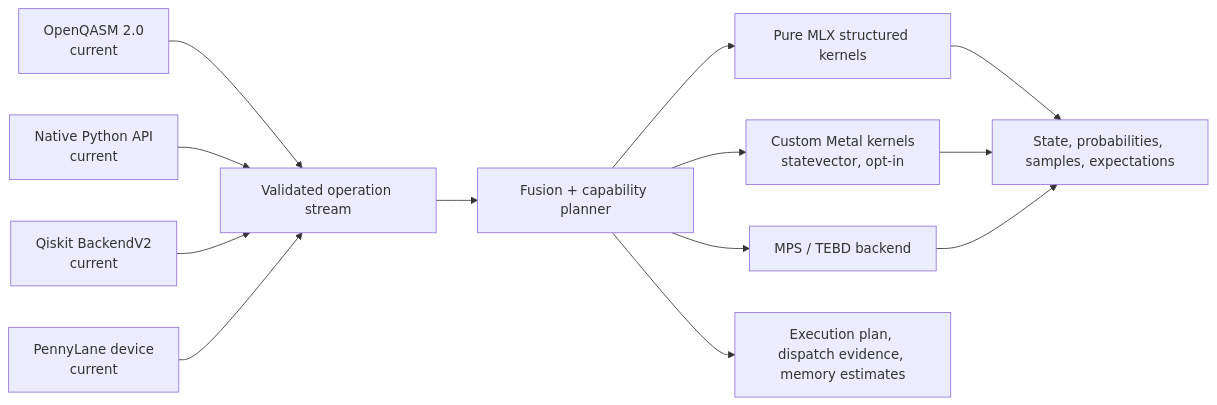
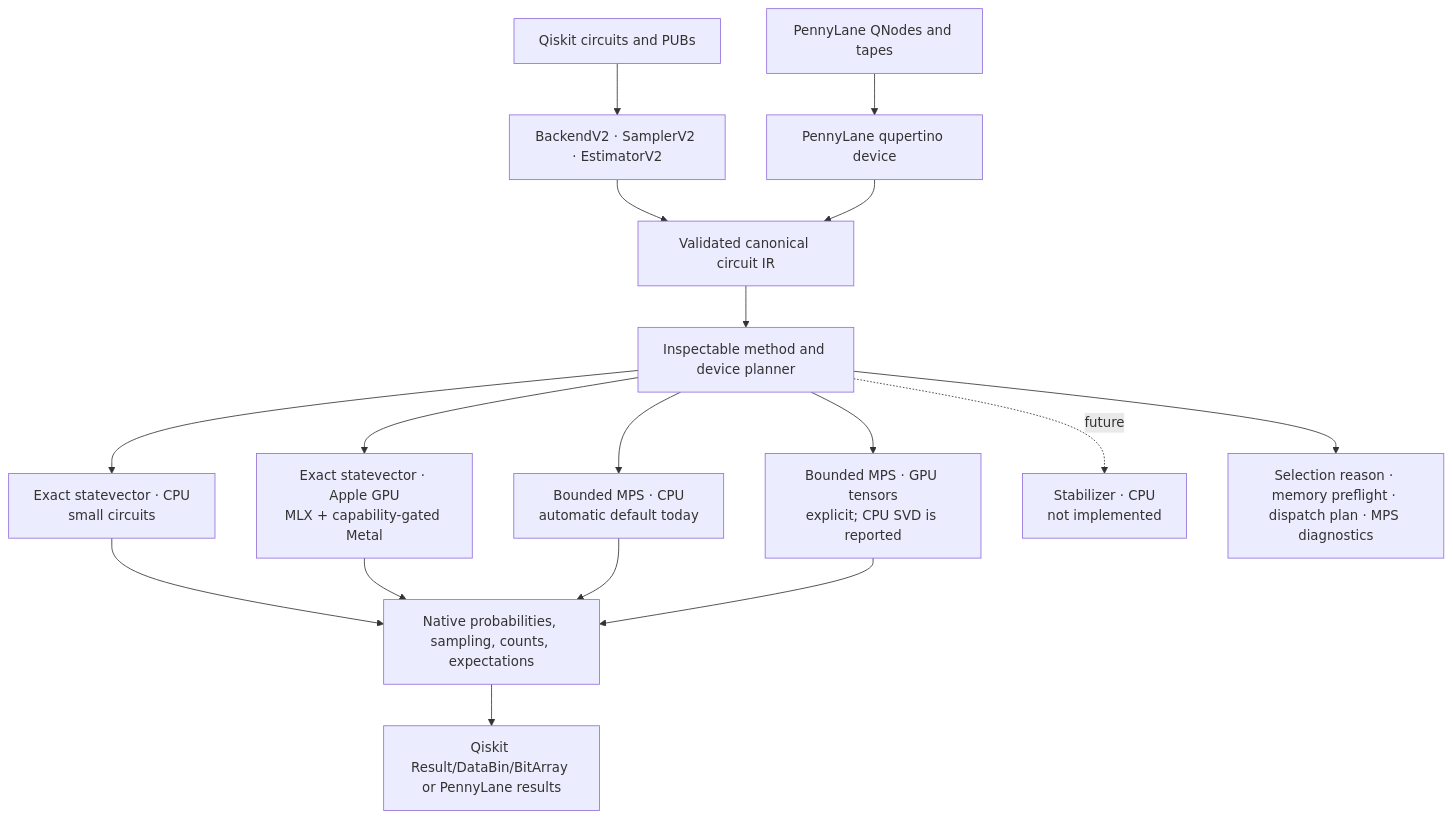
Before and after one commit to MonitSharma/MettleQ: the diagram in README.md, drawn with Mermaid. The commit also changed other lines of this file and 16 other files, not shown here.

Commit message:
Add adaptive Qiskit and PennyLane MPS execution

````diff
--- a/README.md
+++ b/README.md
@@ -213,15 +259,21 @@
 ```mermaid
-flowchart LR
-    QASM["OpenQASM 2.0<br/>current"] --> IR["Validated operation stream"]
-    PY["Native Python API<br/>current"] --> IR
-    QISKIT["Qiskit BackendV2<br/>current"] --> IR
-    PL["PennyLane device<br/>current"] --> IR
-    IR --> PLAN["Fusion + capability planner"]
-    PLAN --> MLX["Pure MLX structured kernels"]
-    PLAN --> METAL["Custom Metal kernels<br/>statevector, opt-in"]
-    PLAN --> MPS["MPS / TEBD backend"]
-    MLX --> RESULT["State, probabilities, samples, expectations"]
-    METAL --> RESULT
-    MPS --> RESULT
-    PLAN --> REPORT["Execution plan, dispatch evidence, memory estimates"]
+flowchart TB
+    QISKIT["Qiskit circuits and PUBs"] --> QAPI["BackendV2 · SamplerV2 · EstimatorV2"]
+    PL["PennyLane QNodes and tapes"] --> PAPI["PennyLane qupertino device"]
+    QAPI --> IR["Validated canonical circuit IR"]
+    PAPI --> IR
+    IR --> PLAN["Inspectable method and device planner"]
+
+    PLAN --> SVCPU["Exact statevector · CPU<br/>small circuits"]
+    PLAN --> SVGPU["Exact statevector · Apple GPU<br/>MLX + capability-gated Metal"]
+    PLAN --> MPSCPU["Bounded MPS · CPU<br/>automatic default today"]
+    PLAN --> MPSGPU["Bounded MPS · GPU tensors<br/>explicit; CPU SVD is reported"]
+    PLAN -. future .-> STAB["Stabilizer · CPU<br/>not implemented"]
+
+    SVCPU --> MEASURE["Native probabilities, sampling, counts, expectations"]
+    SVGPU --> MEASURE
+    MPSCPU --> MEASURE
+    MPSGPU --> MEASURE
+    MEASURE --> RESULTS["Qiskit Result/DataBin/BitArray or PennyLane results"]
+    PLAN --> EVIDENCE["Selection reason · memory preflight · dispatch plan · MPS diagnostics"]
 ```
````
